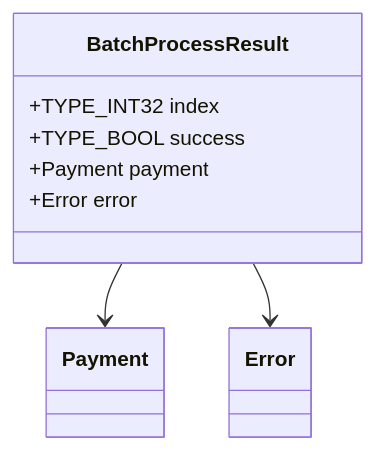
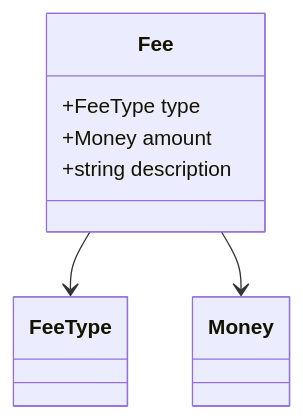
Diagram 29 of 44 in test-monorepo/docs/consolidated/PaymentService.md (kyivinua/root), drawn with Mermaid before and after one commit. The commit also changed other lines of this file and 5 other files, not shown here.

````diff
--- a/test-monorepo/docs/consolidated/PaymentService.md
+++ b/test-monorepo/docs/consolidated/PaymentService.md
@@ -467,11 +1543,10 @@
 ```mermaid
 classDiagram
-    class BatchProcessResult {
-        +TYPE_INT32 index
-        +TYPE_BOOL success
-        +Payment payment
-        +Error error
+    class Fee {
+        +FeeType type
+        +Money amount
+        +string description
     }
-    BatchProcessResult --> Payment
-    BatchProcessResult --> Error
+    Fee --> FeeType
+    Fee --> Money
 ```
````
